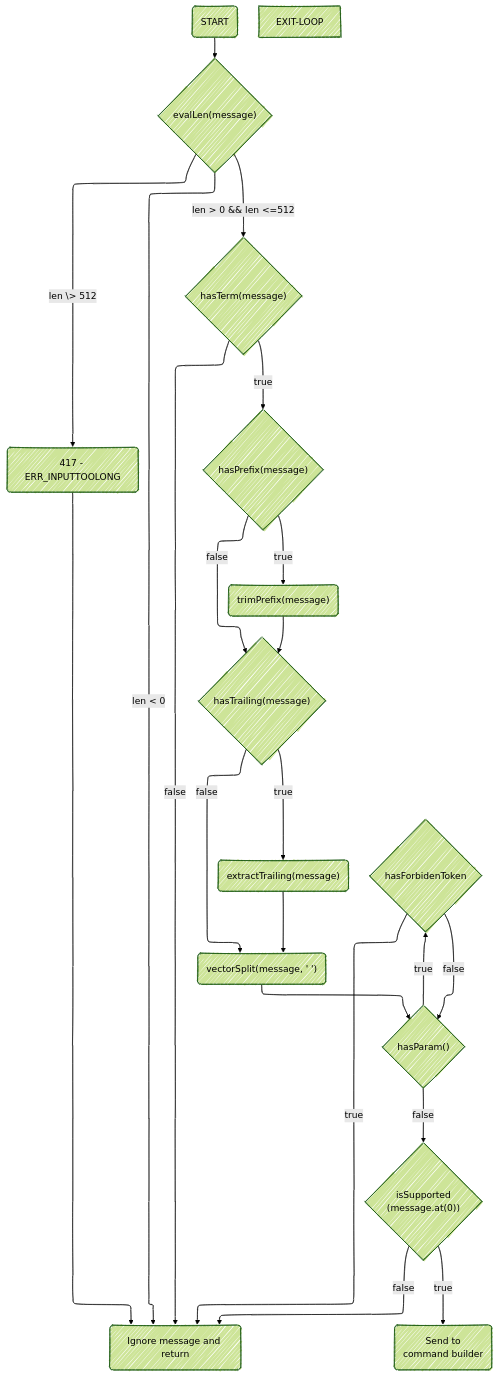
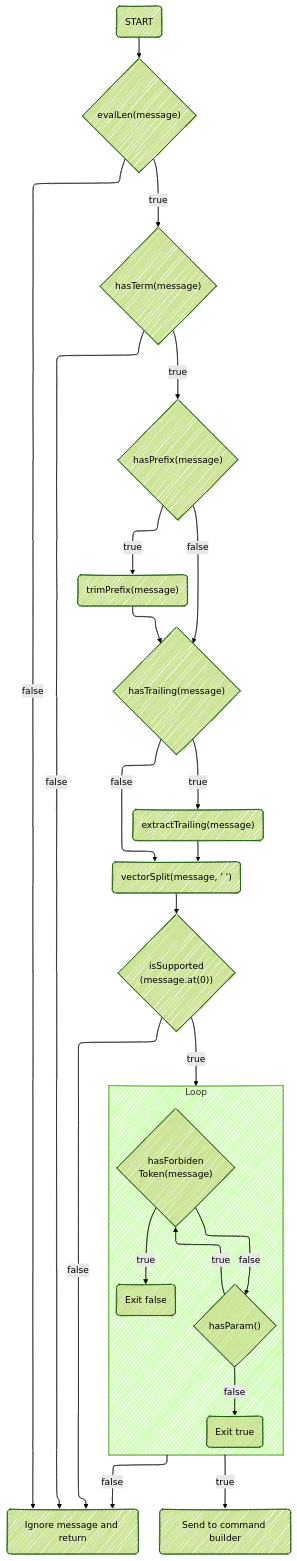
The diagram in structural-message-parsing.md (cdomet-d/irc), drawn with Mermaid before and after one commit.

Commit message:
add: parsing flowchart

````diff
--- a/structural-message-parsing.md
+++ b/structural-message-parsing.md
@@ -64,62 +64,66 @@
 ```mermaid
 ---
 config:
   flowchart:
     defaultRenderer: elk
   elk:
     algorithm: layered
     edgeRouting: ORTHOGONAL
     layered:
       nodePlacement:
         strategy: INTERACTIVE
+        favorStraightEdges: true
   look: handDrawn
   theme: forest
 ---
 graph TD
 START(START)
 IGN("Ignore message and return")
 
 %% Message integrity
 LEN-VALID{"evalLen(message)"}
 HAS-TERM{"hasTerm(message)"}
 START --> LEN-VALID
-LEN-VALID -- "len \> 512" --> 417(417 - ERR_INPUTTOOLONG) --> IGN
-LEN-VALID -- "len < 0" --> IGN
-LEN-VALID -- "len > 0 && len <=512" --> HAS-TERM
+
+LEN-VALID -- "true" --> HAS-TERM
+LEN-VALID -- "false" --> IGN
+
+HAS-TERM -- "true" --> HAS-PREFIX
 HAS-TERM -- "false" --> IGN
-HAS-TERM -- "true" --> HAS-PREFIX
-
 %% Prefix
 HAS-PREFIX{"hasPrefix(message)"}
 TRIM-PREFIX("trimPrefix(message)")
 
+HAS-PREFIX -- "false" --> HAS-TRAILING
 HAS-PREFIX -- "true" --> TRIM-PREFIX --> HAS-TRAILING
-HAS-PREFIX -- "false" --> HAS-TRAILING
 
 %% COMMAND
 HAS-TRAILING{"hasTrailing(message)"}
 EXTRACT-TRAILING("extractTrailing(message)")
 SPLIT("vectorSplit(message, ' ')")
-IS-COMMAND{"isSupported <br>(message.at(0))"}
-COND{"hasParam()"}
 
 HAS-TRAILING -- "true" --> EXTRACT-TRAILING --> SPLIT
 HAS-TRAILING -- "false" --> SPLIT
-SPLIT --> COND
 
-CHECK-FORBIDDEN{"hasForbidenToken"}
-
-CHECK-FORBIDDEN -- "true" --> IGN
-CHECK-FORBIDDEN -- "false" --> COND
-
-COND -- "true" --> CHECK-FORBIDDEN
-COND -- "false" --> IS-COMMAND
-IS-COMMAND -- "true" --> CALL("Send to <br> command builder")
-
-EXIT-LOOP
-%% IS-COMMAND
+COND{"hasParam()"}
+IS-COMMAND{"isSupported <br>(message.at(0))"}
+SPLIT --> IS-COMMAND
 
 IS-COMMAND -- "false" --> IGN
+IS-COMMAND -- "true" --> Loop
+CALL("Send to command builder")
 
-%% PARAMS
+subgraph Loop
+
+    CHECK-FORBIDDEN{"hasForbiden<br>Token(message)"}
+
+    CHECK-FORBIDDEN -- "true" --> EXIT-LOOP_F("Exit false")
+    CHECK-FORBIDDEN -- "false" --> COND
+
+    COND -- "true" --> CHECK-FORBIDDEN
+    COND -- "false" --> EXIT-LOOP_T("Exit true")
+end
+
+Loop --false --> IGN
+Loop --true --> CALL
 ```
````
